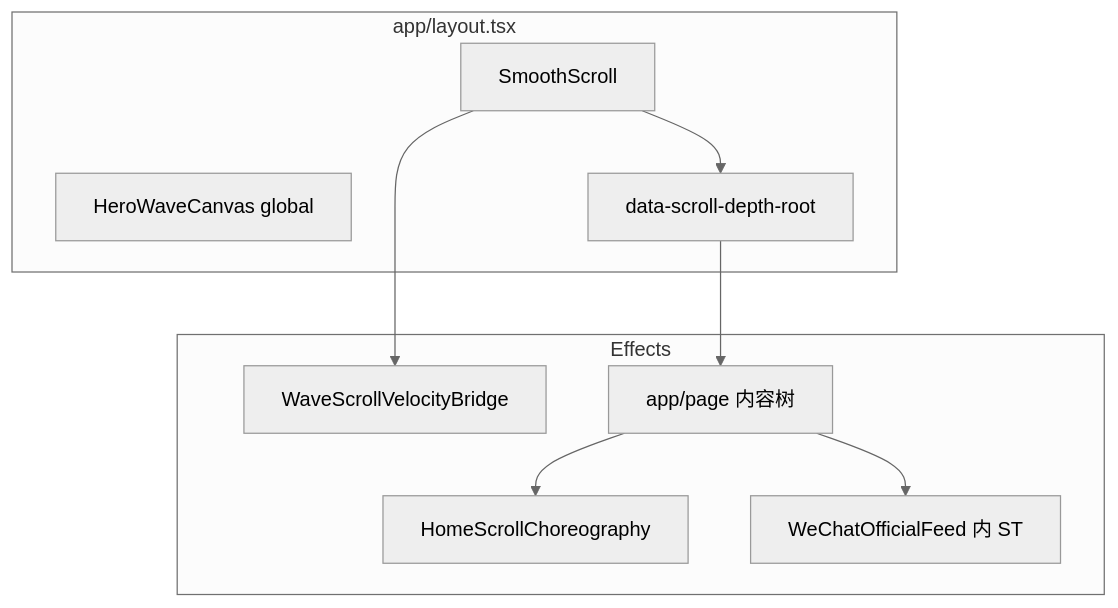
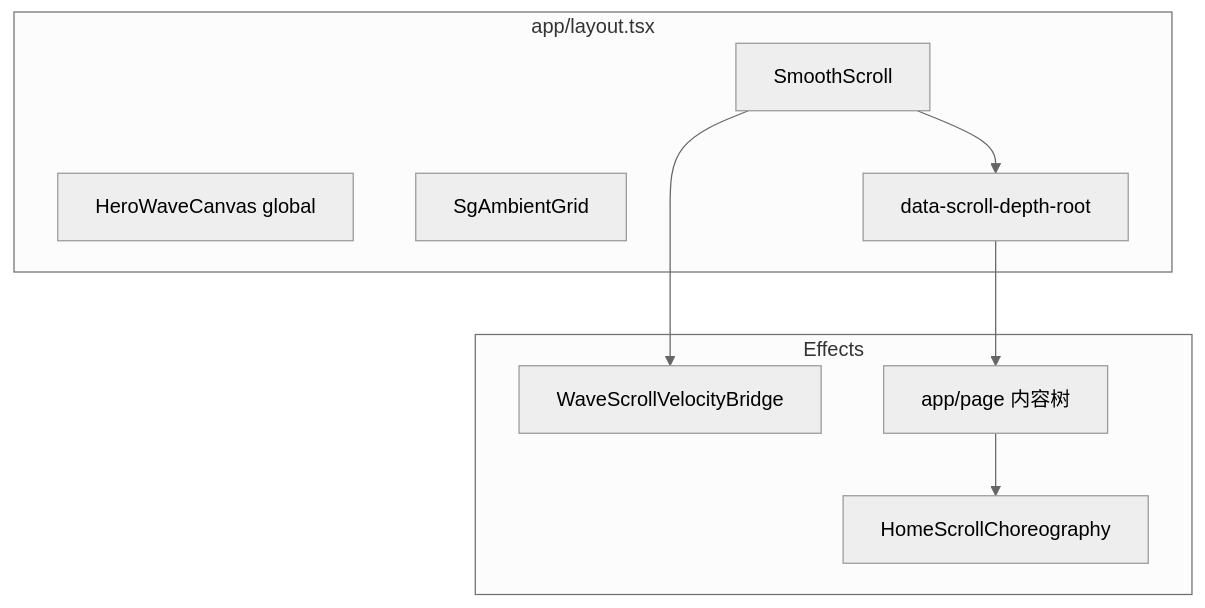
Before and after one commit to SurferGarage/surfergarage-www: the diagram in wiki/07-动画编排与统筹.md, drawn with Mermaid (neutral theme). The commit also changed other lines of this file and 91 other files, not shown here.

````diff
--- a/wiki/07-动画编排与统筹.md
+++ b/wiki/07-动画编排与统筹.md
@@ -18,19 +18,18 @@
 ```mermaid
 flowchart TB
   subgraph LYT["app/layout.tsx"]
     SS[SmoothScroll]
     HWC[HeroWaveCanvas global]
+    AG[SgAmbientGrid]
     DR[data-scroll-depth-root]
   end
   subgraph FX["Effects"]
     WVB[WaveScrollVelocityBridge]
     PAGE[app/page 内容树]
     HSC[HomeScrollChoreography]
-    WXF[WeChatOfficialFeed 内 ST]
   end
   SS --> WVB
   SS --> DR
   DR --> PAGE
   PAGE --> HSC
-  PAGE --> WXF
 ```
````
